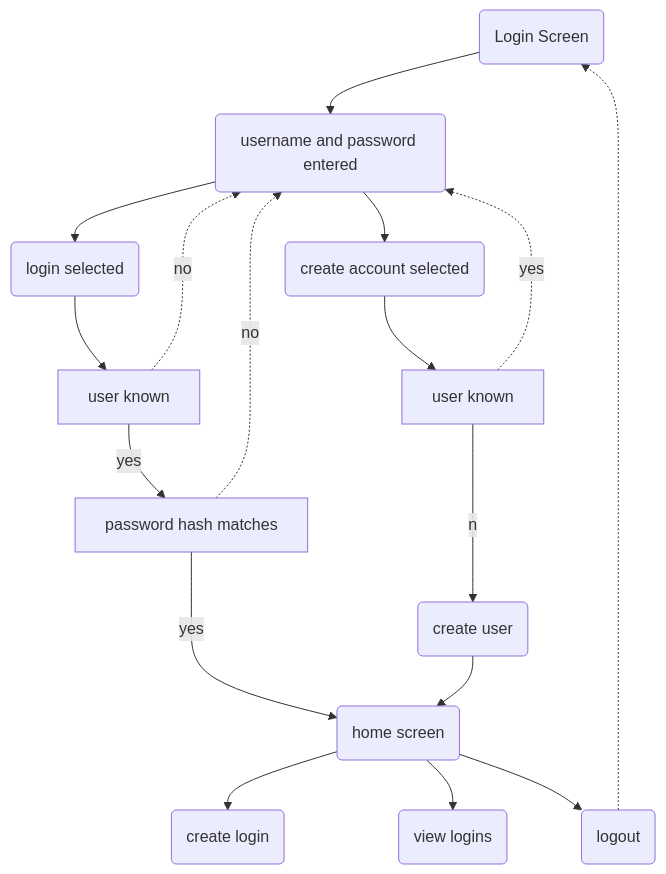
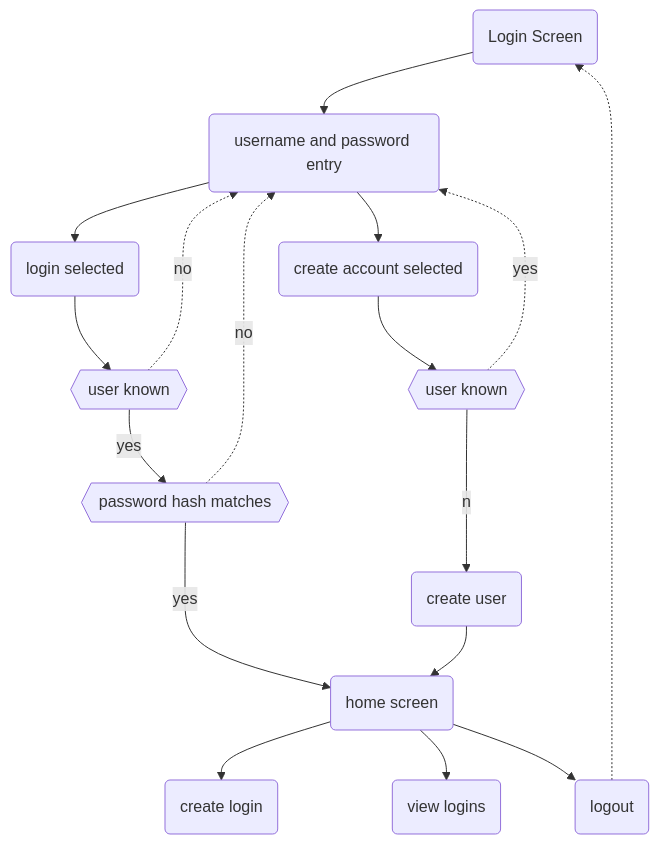
One commit to pxp888/passcodes changed the first of 3 diagrams in README.md. Above: the diagram before and after it, drawn with Mermaid. The commit also changed other lines of this file and 1 other file, not shown here.

Commit message:
add empty name check on create form

```diff
--- a/README.md
+++ b/README.md
@@ -52,22 +52,22 @@
 ~~~mermaid
 graph TD
 a(Login Screen)
-b(username and password entered)
+b(username and password entry)
 c(login selected)
 d(create account selected)
-e[user known]
-f[password hash matches]
+e{{user known}}
+f{{password hash matches}}
 g(home screen)
-h[user known]
+h{{user known}}
 i(create user)
 
 a-->b-->c & d
 c --> e
 e --yes--> f --yes--> g
 e & f -. no .-> b
 d-->h
 h -.yes.-> b
 h --no--> i --> g
 g --> c1(create login) & vl(view logins) & lo(logout)
 lo -.-> a
 ~~~
```
